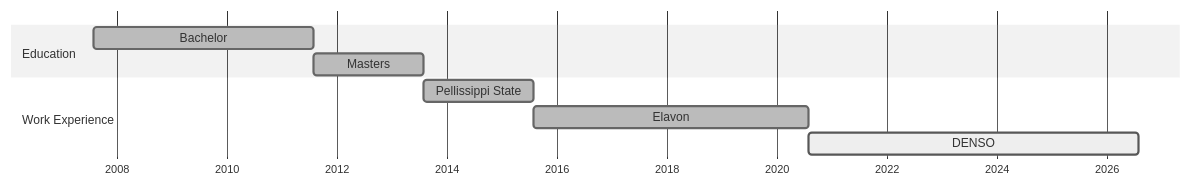
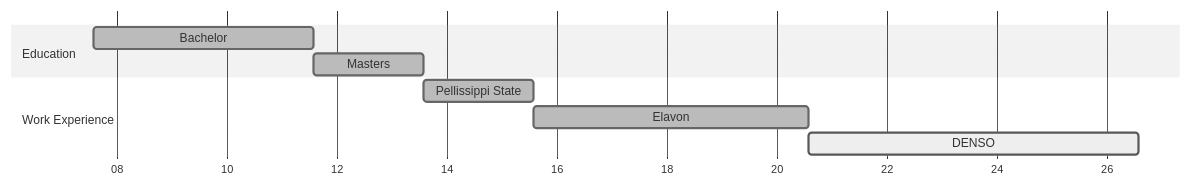
One commit to joshuacharleshyatt/personal changed the first of 2 diagrams in qualifications.qmd. Above: the diagram before and after it, drawn with Mermaid. The commit also changed 26 other files, not shown here.

````diff
--- a/qualifications.qmd
+++ b/qualifications.qmd
@@ -29,13 +29,13 @@
 ```{mermaid}
 %%{init: {'theme':'neutral'}}%%
 gantt
   dateFormat YYYY-MM
-  axisformat %Y
+  axisformat %y
   section Education
     Bachelor          :done, e1, 2007-08, 4y
     Masters           :done, e2, after e1, 2y
   section Work Experience
     Pellissippi State :done, w1, after e2, 2y
     Elavon            :done, w2, after w1, 5y
     DENSO             :active, w3, after w2, 6y
 ```
````
